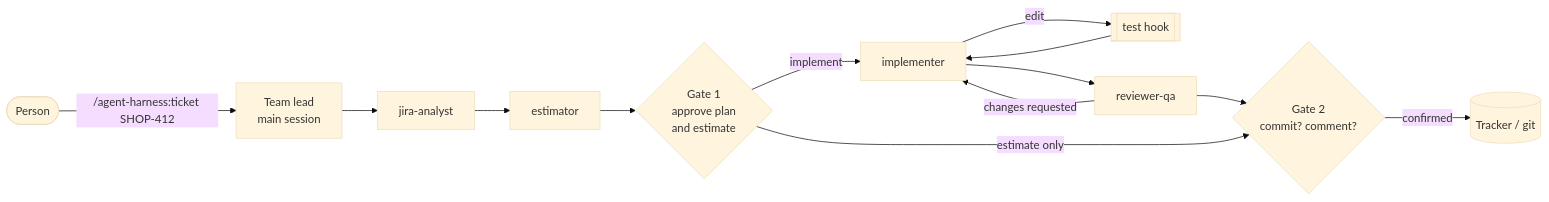
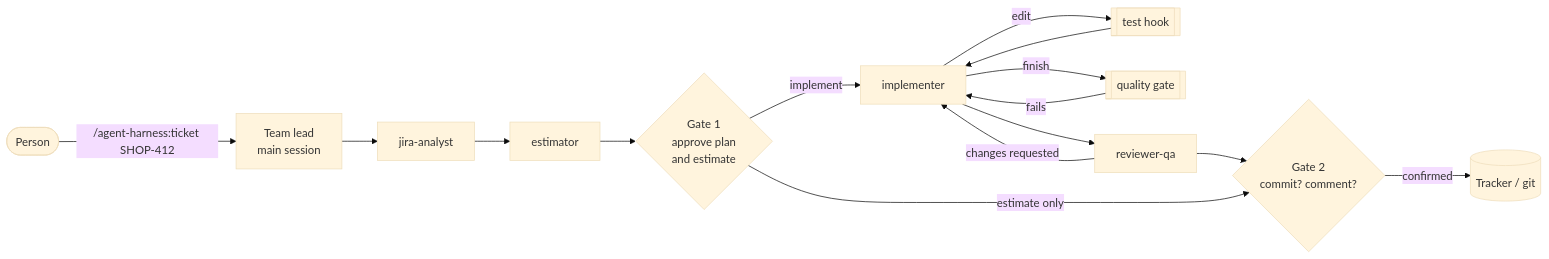
The diagram in README.md (bondie/agent-harness), drawn with Mermaid (base theme) before and after one commit. The commit also changed other lines of this file and 11 other files, not shown here.

````diff
--- a/README.md
+++ b/README.md
@@ -52,13 +54,14 @@
 ```mermaid
 flowchart LR
     U([Person]) -->|/agent-harness:ticket SHOP-412| L[Team lead<br/>main session]
     L --> A[jira-analyst] --> E[estimator]
     E --> G1{Gate 1<br/>approve plan<br/>and estimate}
     G1 -->|implement| I[implementer]
     I -->|edit| H[[test hook]] --> I
+    I -->|finish| Q[[quality gate]] -->|fails| I
     I --> R[reviewer-qa]
     R -->|changes requested| I
     R --> G2{Gate 2<br/>commit? comment?}
     G1 -->|estimate only| G2
     G2 -->|confirmed| T[(Tracker / git)]
 ```
````
